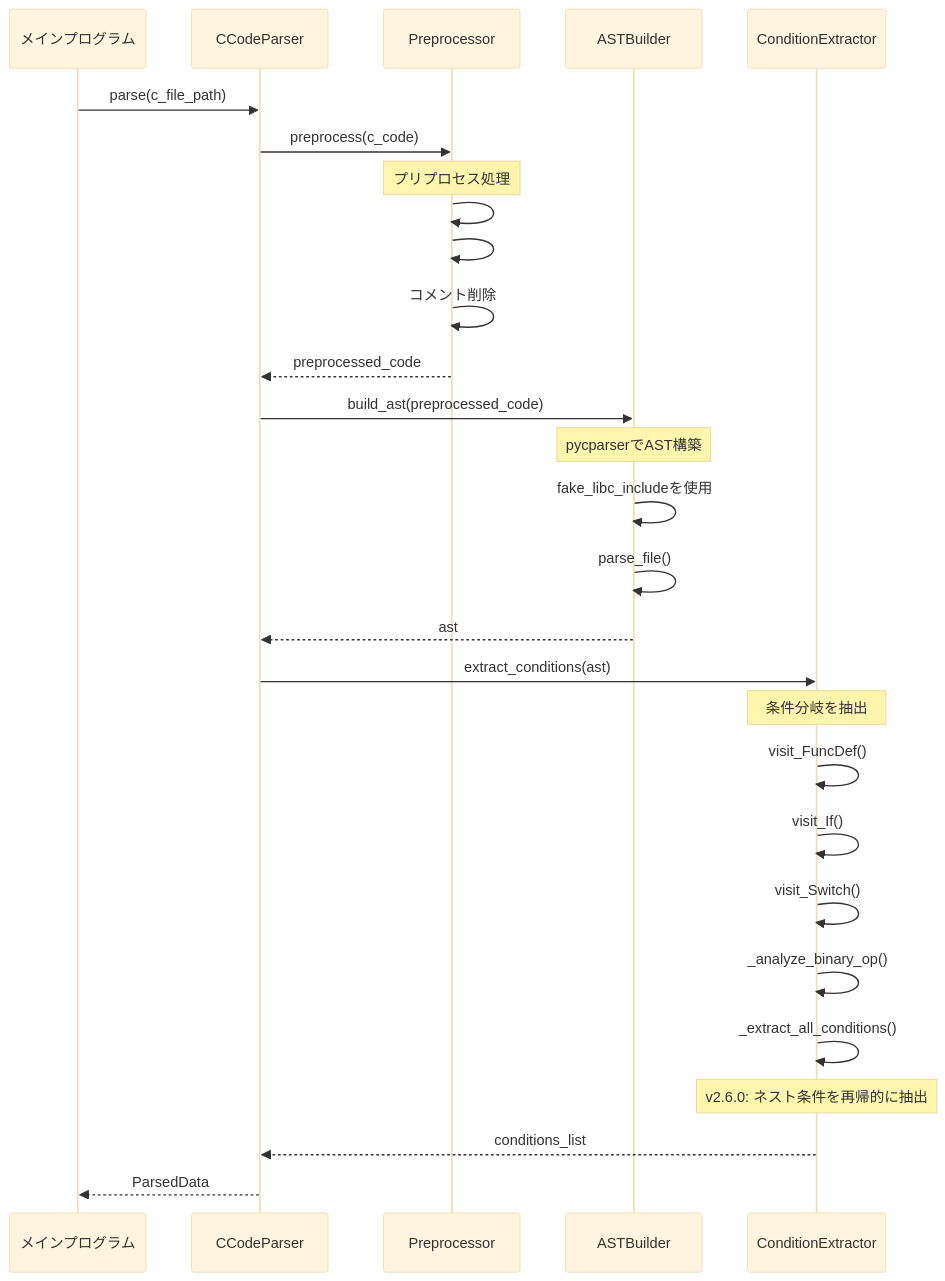
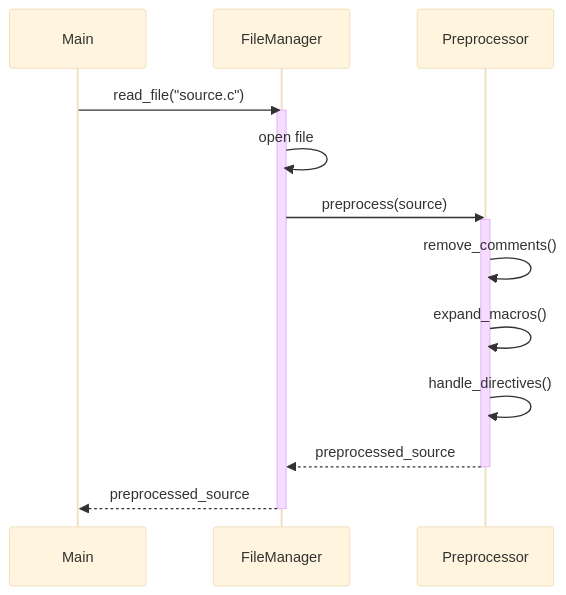
One commit to ryu5791/AutoUniTestGen changed the second of 14 diagrams in doc/design_sequence_diagram.md. Above: the diagram before and after it, drawn with Mermaid (base theme). The commit also changed other lines of this file and 4 other files, not shown here.

````diff
--- a/doc/design_sequence_diagram.md
+++ b/doc/design_sequence_diagram.md
@@ -72,35 +64,23 @@
 ```mermaid
 sequenceDiagram
-    participant Main as メインプログラム
-    participant Parser as CCodeParser
-    participant Preprocessor as Preprocessor
-    participant ASTBuilder as ASTBuilder
-    participant CondExtractor as ConditionExtractor
-
-    Main->>Parser: parse(c_file_path)
-    Parser->>Preprocessor: preprocess(c_code)
+    participant Main
+    participant FileManager
+    participant Preprocessor
     
-    Note over Preprocessor: プリプロセス処理
-    Preprocessor->>Preprocessor: #includeの展開（制限付き）
-    Preprocessor->>Preprocessor: #defineの処理
-    Preprocessor->>Preprocessor: コメント削除
-    Preprocessor-->>Parser: preprocessed_code
+    Main->>FileManager: read_file("source.c")
+    activate FileManager
     
-    Parser->>ASTBuilder: build_ast(preprocessed_code)
-    Note over ASTBuilder: pycparserでAST構築
-    ASTBuilder->>ASTBuilder: fake_libc_includeを使用
-    ASTBuilder->>ASTBuilder: parse_file()
-    ASTBuilder-->>Parser: ast
+    FileManager->>FileManager: open file
+    FileManager->>Preprocessor: preprocess(source)
+    activate Preprocessor
     
-    Parser->>CondExtractor: extract_conditions(ast)
-    Note over CondExtractor: 条件分岐を抽出
-    CondExtractor->>CondExtractor: visit_FuncDef()
-    CondExtractor->>CondExtractor: visit_If()
-    CondExtractor->>CondExtractor: visit_Switch()
-    CondExtractor->>CondExtractor: _analyze_binary_op()
-    CondExtractor->>CondExtractor: _extract_all_conditions()
-    Note over CondExtractor: v2.6.0: ネスト条件を再帰的に抽出
-    CondExtractor-->>Parser: conditions_list
+    Preprocessor->>Preprocessor: remove_comments()
+    Preprocessor->>Preprocessor: expand_macros()
+    Preprocessor->>Preprocessor: handle_directives()
     
-    Parser-->>Main: ParsedData
+    Preprocessor-->>FileManager: preprocessed_source
+    deactivate Preprocessor
+    
+    FileManager-->>Main: preprocessed_source
+    deactivate FileManager
 ```
````
